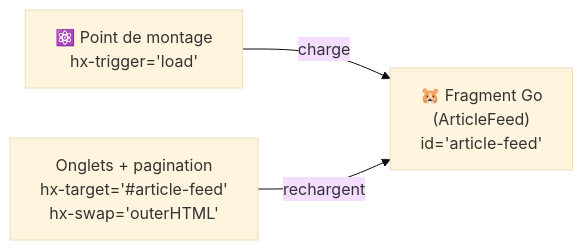
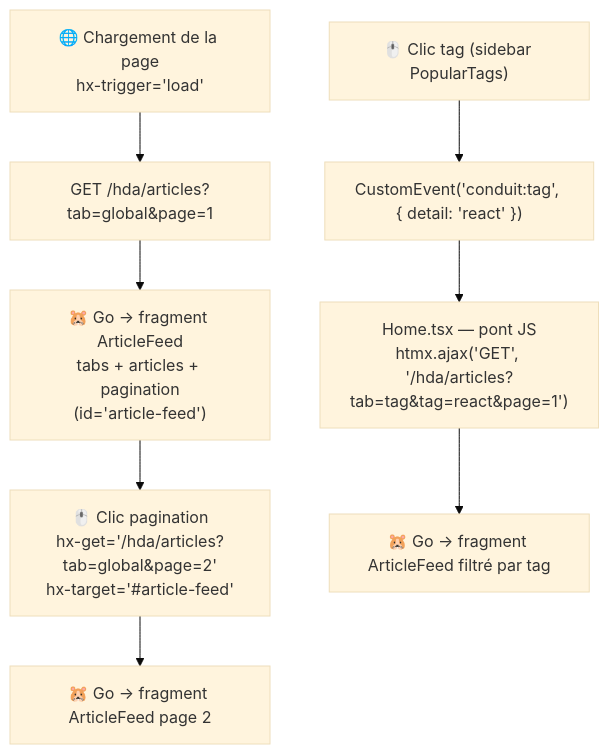
The second of 6 diagrams in README.md (StephaneTrebel/htmx-de-maniere-simplix), drawn with Mermaid (base theme) before and after one commit. The commit also changed other lines of this file, not shown here.

````diff
--- a/README.md
+++ b/README.md
@@ -109,9 +197,16 @@
 ```mermaid
-flowchart LR
-    Mount["⚛️ Point de montage\nhx-trigger='load'"]
-    Go["🐹 Fragment Go\n(ArticleFeed)\nid='article-feed'"]
-    Buttons["Onglets + pagination\nhx-target='#article-feed'\nhx-swap='outerHTML'"]
+flowchart TD
+    A["🌐 Chargement de la page\nhx-trigger='load'"]
+    B["GET /hda/articles?tab=global&page=1"]
+    C["🐹 Go → fragment ArticleFeed\ntabs + articles + pagination\n(id='article-feed')"]
+    D["🖱️ Clic pagination\nhx-get='/hda/articles?tab=global&page=2'\nhx-target='#article-feed'"]
+    E["🐹 Go → fragment ArticleFeed page 2"]
+    F["🖱️ Clic tag (sidebar PopularTags)"]
+    G["CustomEvent('conduit:tag', { detail: 'react' })"]
+    H["Home.tsx — pont JS\nhtmx.ajax('GET', '/hda/articles?tab=tag&tag=react&page=1')"]
+    I["🐹 Go → fragment ArticleFeed filtré par tag"]
 
-    Mount -->|"charge"| Go
-    Buttons -->|"rechargent"| Go
+    A --> B --> C
+    C --> D --> E
+    F --> G --> H --> I
 ```
````
